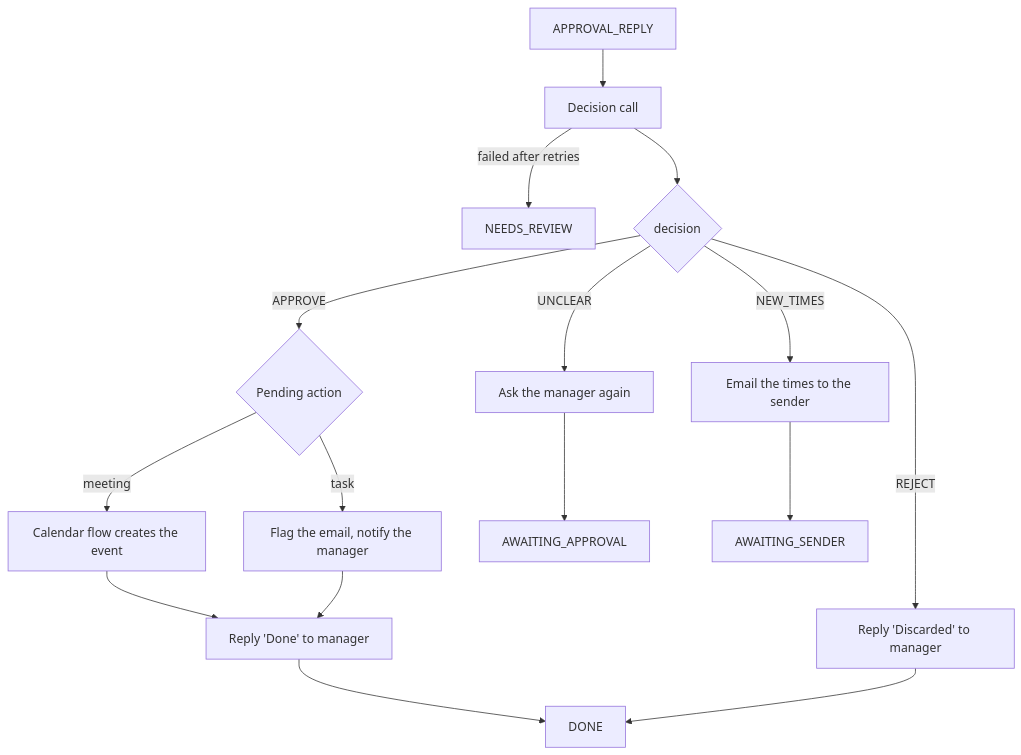
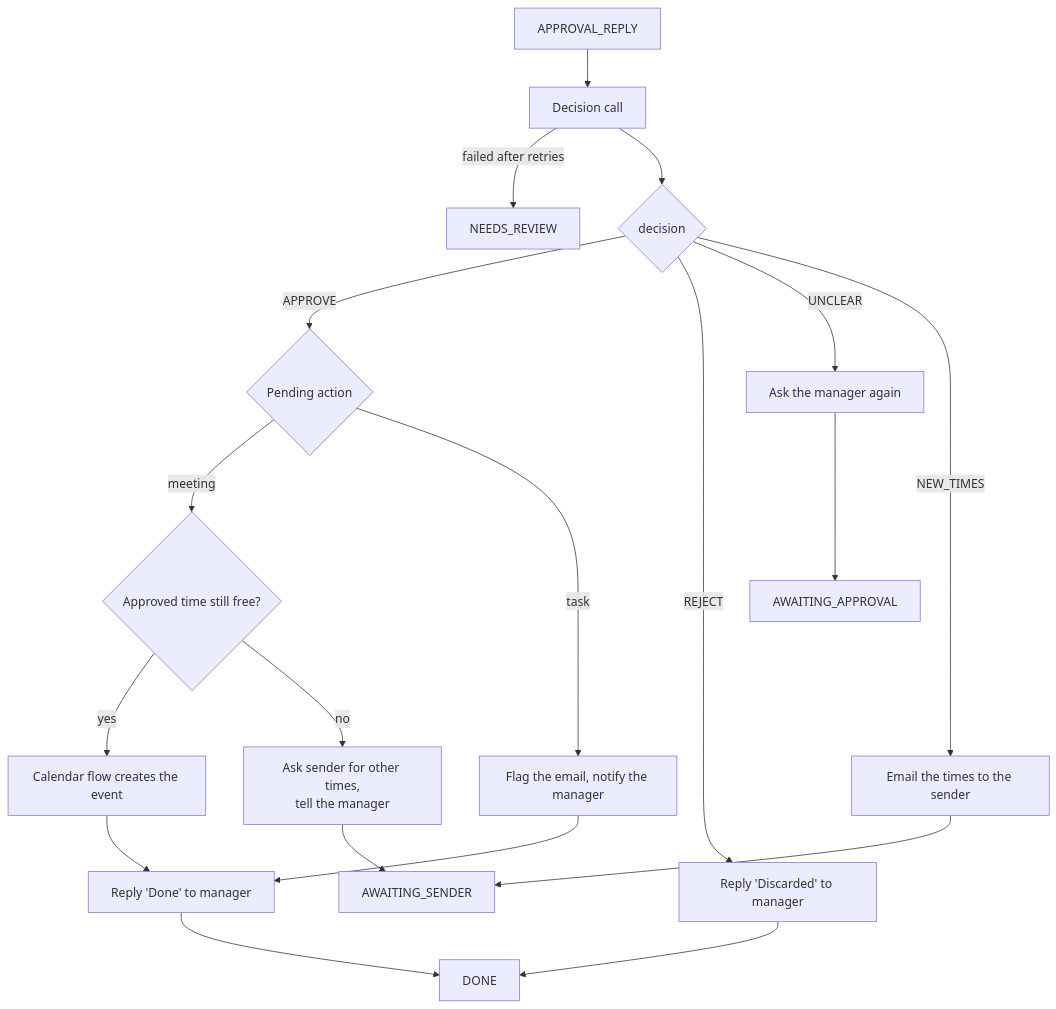
The third of 4 diagrams in docs/approval.md (andreicaminschi/ai-email-assistant), drawn with Mermaid before and after one commit. The commit also changed other lines of this file, not shown here.

Commit message:
docs: approval calendar checks

````diff
--- a/docs/approval.md
+++ b/docs/approval.md
@@ -134,18 +175,21 @@
 ```mermaid
 flowchart TD
     R[APPROVAL_REPLY] --> D[Decision call]
     D -- failed after retries --> NR[NEEDS_REVIEW]
     D --> X{decision}
     X -- APPROVE --> K{Pending action}
-    K -- meeting --> CAL[Calendar flow creates the event]
+    K -- meeting --> FB{Approved time still free?}
+    FB -- yes --> CAL[Calendar flow creates the event]
+    FB -- no --> BZ[Ask sender for other times,<br/>tell the manager]
+    BZ --> AS
     K -- task --> FL[Flag the email, notify the manager]
     CAL --> OK[Reply 'Done' to manager]
     FL --> OK
     OK --> DN[DONE]
     X -- REJECT --> RJ[Reply 'Discarded' to manager]
     RJ --> DN
     X -- UNCLEAR --> UC[Ask the manager again]
     UC --> AA[AWAITING_APPROVAL]
     X -- NEW_TIMES --> NT[Email the times to the sender]
     NT --> AS[AWAITING_SENDER]
 ```
````
